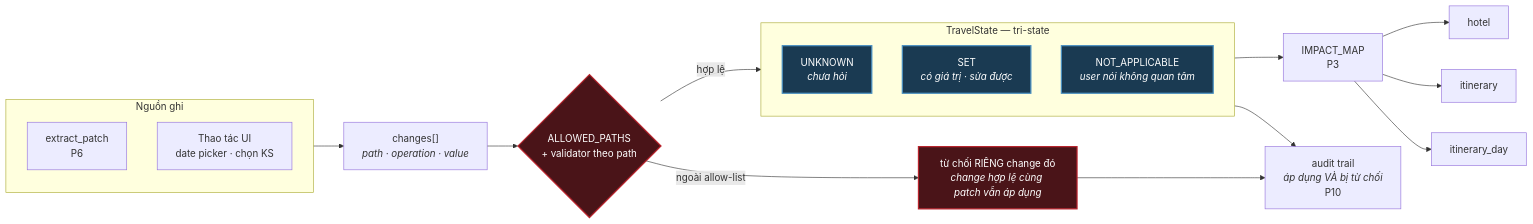
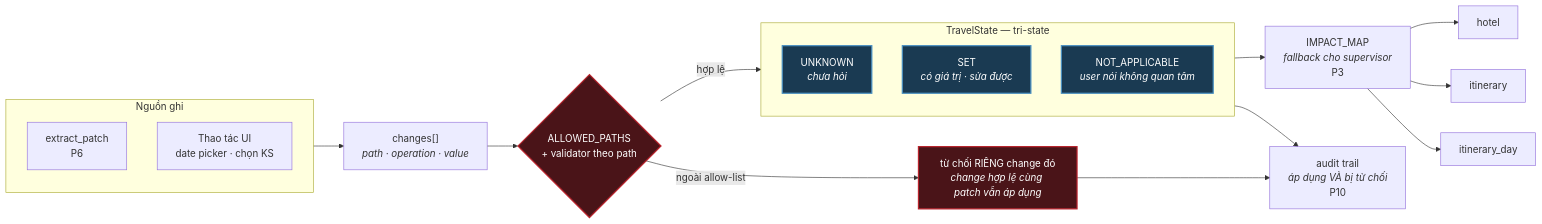
The sixth of 7 diagrams in plans/260812-0927-langgraph-orchestration-state-patch-and-interrupts/target-architecture.md (0infinitive0/VSF-Intern-project), drawn with Mermaid before and after one commit. The commit also changed other lines of this file and 8 other files, not shown here.

Commit message:
Refactor orchestration architecture: replace flow nodes with dedicated worker nodes

````diff
--- a/plans/260812-0927-langgraph-orchestration-state-patch-and-interrupts/target-architecture.md
+++ b/plans/260812-0927-langgraph-orchestration-state-patch-and-interrupts/target-architecture.md
@@ -148,32 +485,32 @@
 ```mermaid
 flowchart LR
     subgraph SRC["Nguồn ghi"]
         M["extract_patch<br/>P6"]
         U["Thao tác UI<br/>date picker · chọn KS"]
     end
 
     SRC --> PATCH["changes[]<br/><i>path · operation · value</i>"]
 
     PATCH --> GATE{"ALLOWED_PATHS<br/>+ validator theo path"}
     GATE -->|ngoài allow-list| REJ["từ chối RIÊNG change đó<br/><i>change hợp lệ cùng patch vẫn áp dụng</i>"]
     GATE -->|hợp lệ| SLOT
 
     subgraph SLOT["TravelState — tri-state"]
         S1["UNKNOWN<br/><i>chưa hỏi</i>"]
         S2["SET<br/><i>có giá trị · sửa được</i>"]
         S3["NOT_APPLICABLE<br/><i>user nói không quan tâm</i>"]
     end
 
-    SLOT --> IM["IMPACT_MAP<br/>P3"]
+    SLOT --> IM["IMPACT_MAP<br/><i>fallback cho supervisor</i><br/>P3"]
     IM --> W1["hotel"]
     IM --> W2["itinerary"]
     IM --> W3["itinerary_day"]
 
     SLOT --> AUD["audit trail<br/><i>áp dụng VÀ bị từ chối</i><br/>P10"]
     REJ --> AUD
 
     class GATE,REJ gate
     class S1,S2,S3 tri
     classDef gate fill:#4a1418,stroke:#b8232c,stroke-width:2px,color:#fff
     classDef tri fill:#1a3a52,stroke:#4a90c2,stroke-width:2px,color:#fff
 ```
````
